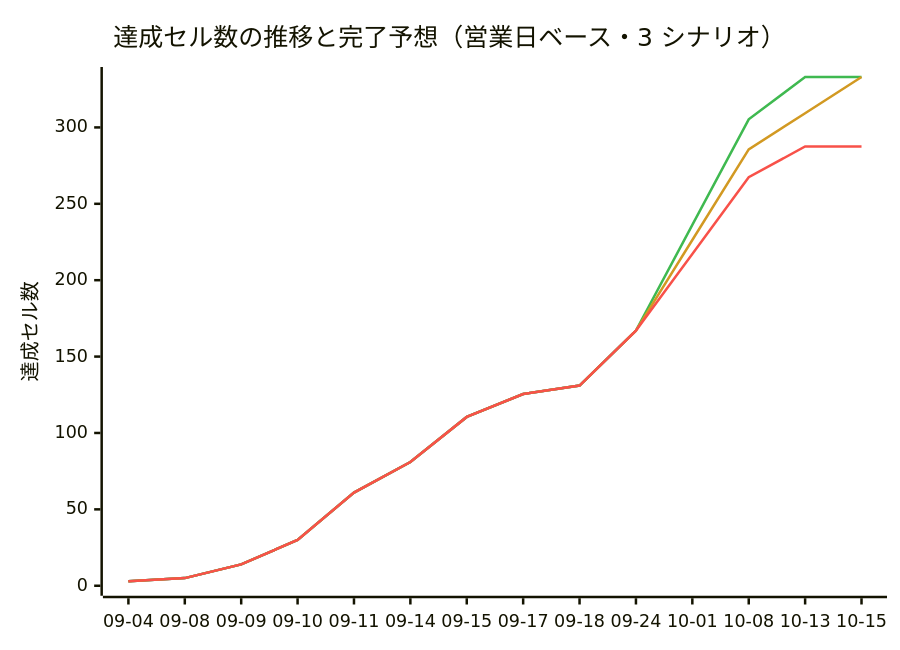
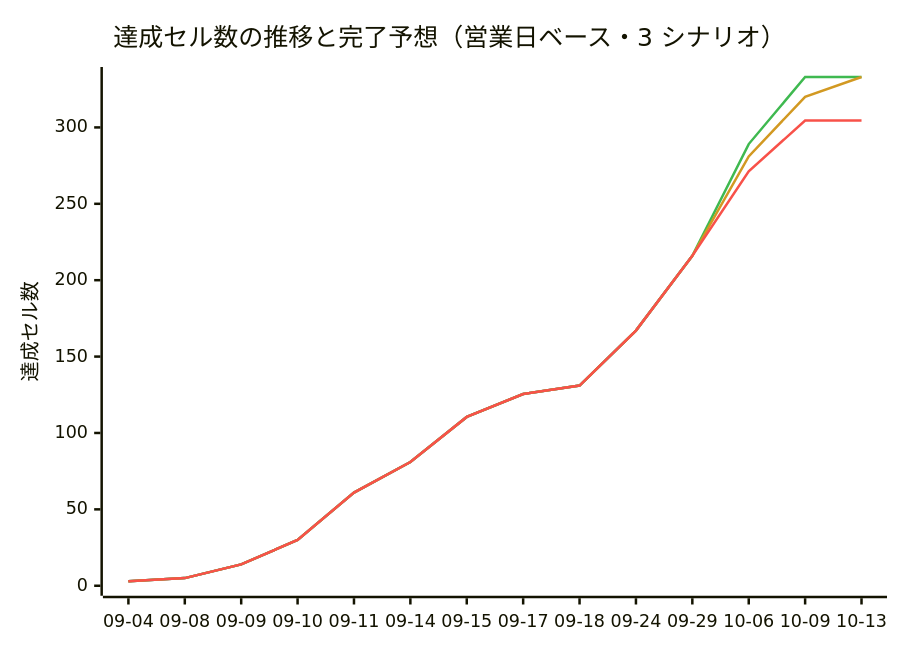
Before and after one commit to yoshihisatanaka/Pre-Market_Trading_frontend: the diagram in docs/progress.md, drawn with Mermaid. The commit also changed other lines of this file, not shown here.

````diff
--- a/docs/progress.md
+++ b/docs/progress.md
@@ -375,11 +333,11 @@
 ```mermaid
 %%{init: {"themeVariables": {"xyChart": {"plotColorPalette": "#2f6feb, #3fb950, #d29922, #f85149"}}}}%%
 xychart-beta
     title "達成セル数の推移と完了予想（営業日ベース・3 シナリオ）"
-    x-axis ["09-04", "09-08", "09-09", "09-10", "09-11", "09-14", "09-15", "09-17", "09-18", "09-24", "10-01", "10-08", "10-13", "10-15"]
+    x-axis ["09-04", "09-08", "09-09", "09-10", "09-11", "09-14", "09-15", "09-17", "09-18", "09-24", "09-29", "10-06", "10-09", "10-13"]
     y-axis "達成セル数" 0 --> 333
-    line [3, 5, 14, 30, 61, 81, 110.5, 125.5, 131, 167]
-    line [3, 5, 14, 30, 61, 81, 110.5, 125.5, 131, 167, 236.2, 305.3, 333, 333]
-    line [3, 5, 14, 30, 61, 81, 110.5, 125.5, 131, 167, 226.3, 285.6, 309.3, 333]
-    line [3, 5, 14, 30, 61, 81, 110.5, 125.5, 131, 167, 217.2, 267.4, 287.5, 287.5]
+    line [3, 5, 14, 30, 61, 81, 110.5, 125.5, 131, 167, 216]
+    line [3, 5, 14, 30, 61, 81, 110.5, 125.5, 131, 167, 216, 289.1, 333, 333]
+    line [3, 5, 14, 30, 61, 81, 110.5, 125.5, 131, 167, 216, 281, 320, 333]
+    line [3, 5, 14, 30, 61, 81, 110.5, 125.5, 131, 167, 216, 271.3, 304.5, 304.5]
 ```
````
